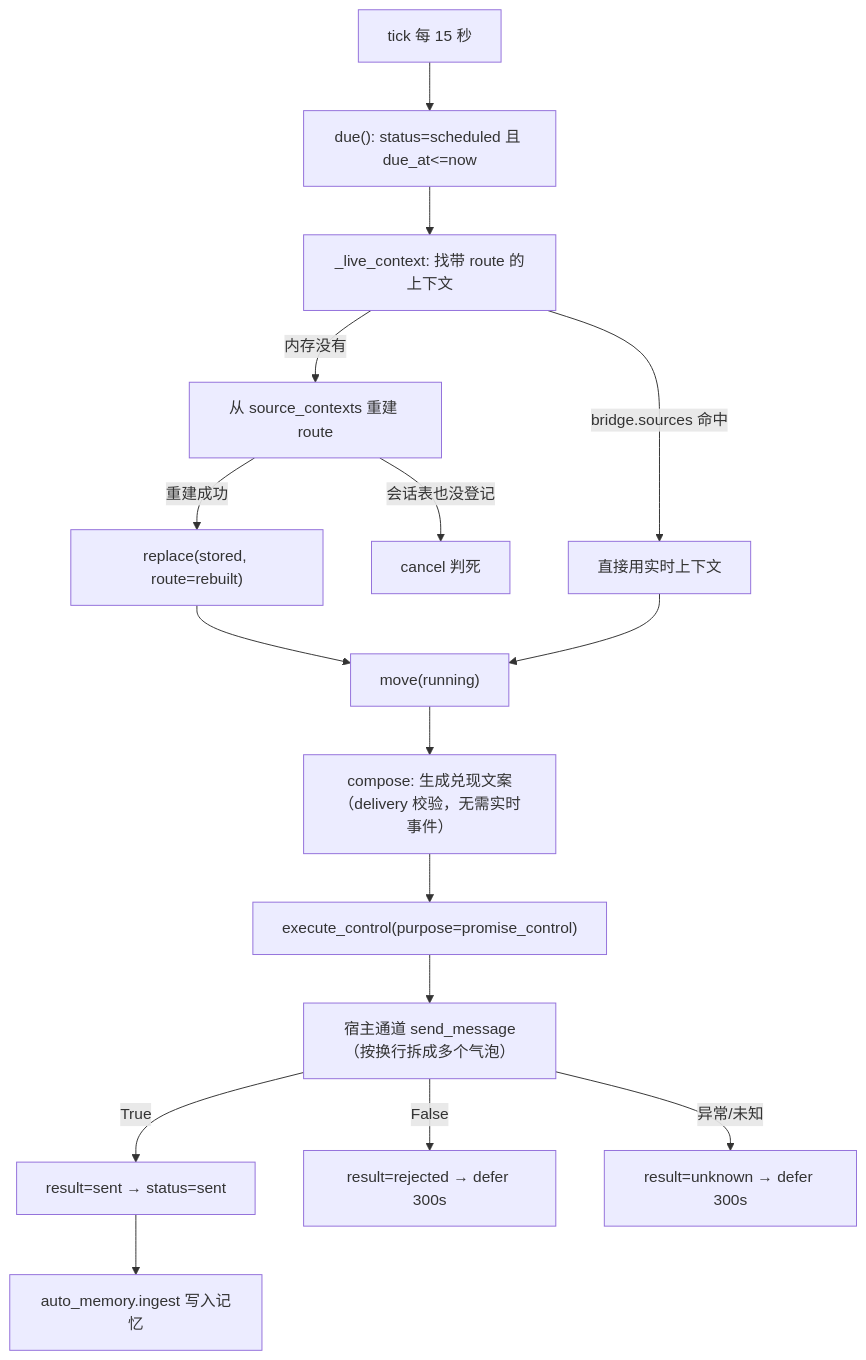
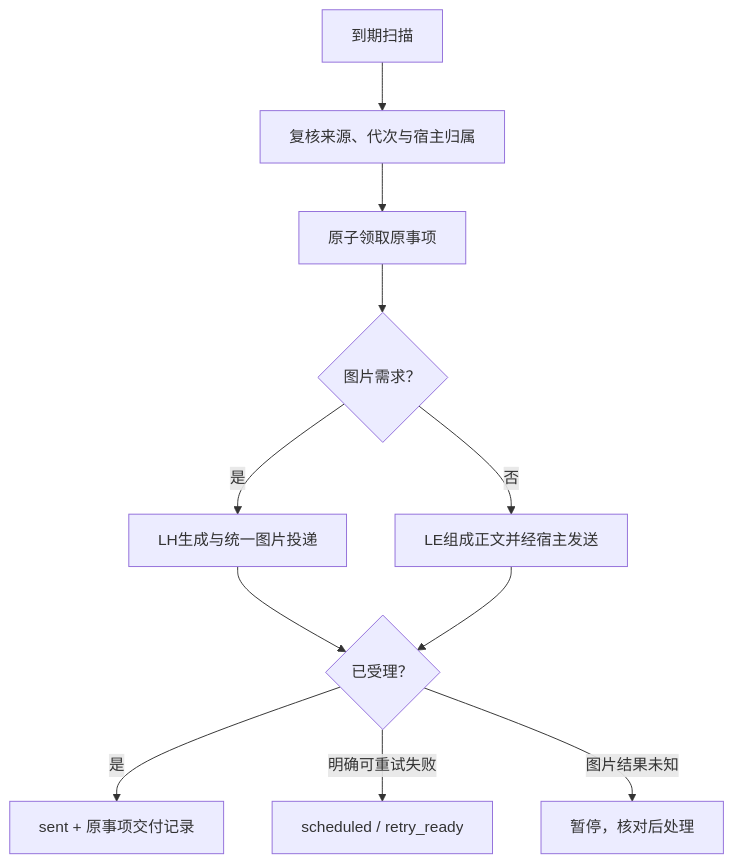
The diagram in docs/promise.md (AKIhunter/astrbot_plugin_livingemotion), drawn with Mermaid before and after one commit. The commit also changed other lines of this file and 99 other files, not shown here.

First line of the commit message:
让原图片事项按真实回执完成，统一睡眠权限与当前使用手册

````diff
--- a/docs/promise.md
+++ b/docs/promise.md
@@ -84,18 +29,13 @@
 ```mermaid
 flowchart TD
-    A["tick 每 15 秒"] --> B["due(): status=scheduled 且 due_at<=now"]
-    B --> C["_live_context: 找带 route 的上下文"]
-    C -->|"bridge.sources 命中"| D["直接用实时上下文"]
-    C -->|"内存没有"| E["从 source_contexts 重建 route"]
-    E -->|"会话表也没登记"| F["cancel 判死"]
-    E -->|"重建成功"| G["replace(stored, route=rebuilt)"]
-    G --> H["move(running)"]
-    D --> H
-    H --> I["compose: 生成兑现文案（delivery 校验，无需实时事件）"]
-    I --> L["execute_control(purpose=promise_control)"]
-    L --> M["宿主通道 send_message（按换行拆成多个气泡）"]
-    M -->|"True"| N["result=sent → status=sent"]
-    M -->|"False"| O["result=rejected → defer 300s"]
-    M -->|"异常/未知"| P["result=unknown → defer 300s"]
-    N --> U["auto_memory.ingest 写入记忆"]
+    A["到期扫描"] --> B["复核来源、代次与宿主归属"]
+    B --> C["原子领取原事项"]
+    C --> D{"图片需求？"}
+    D -->|是| E["LH生成与统一图片投递"]
+    D -->|否| F["LE组成正文并经宿主发送"]
+    E --> G{"已受理？"}
+    F --> G
+    G -->|是| H["sent + 原事项交付记录"]
+    G -->|明确可重试失败| I["scheduled / retry_ready"]
+    G -->|图片结果未知| J["暂停，核对后处理"]
 ```
````
